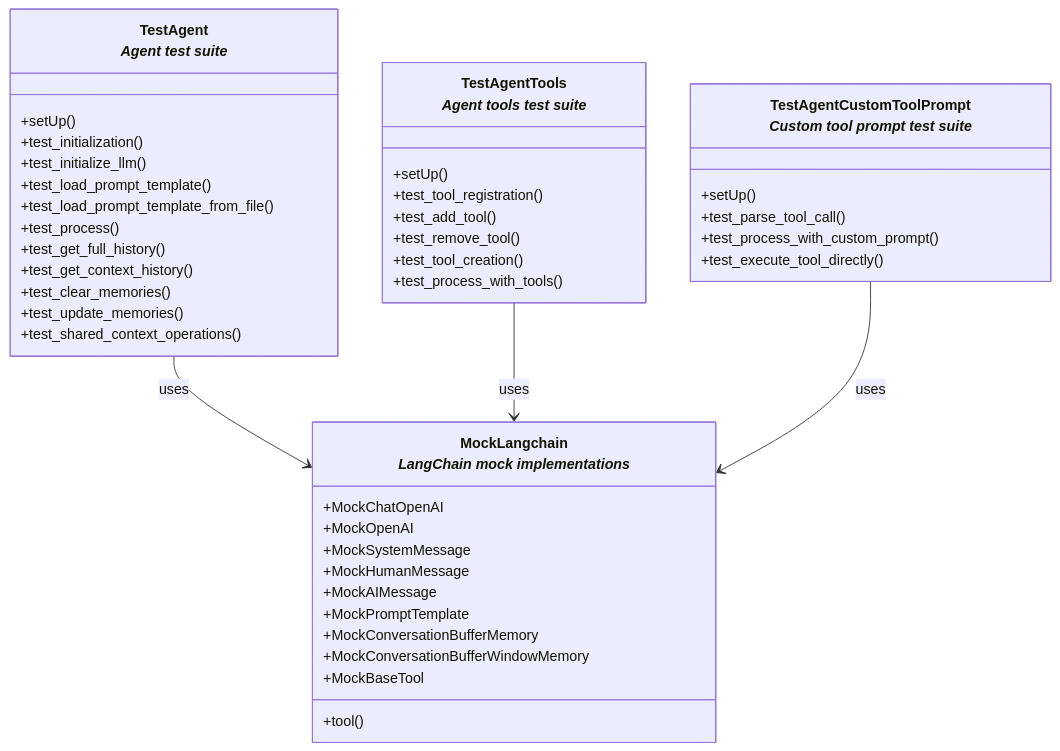
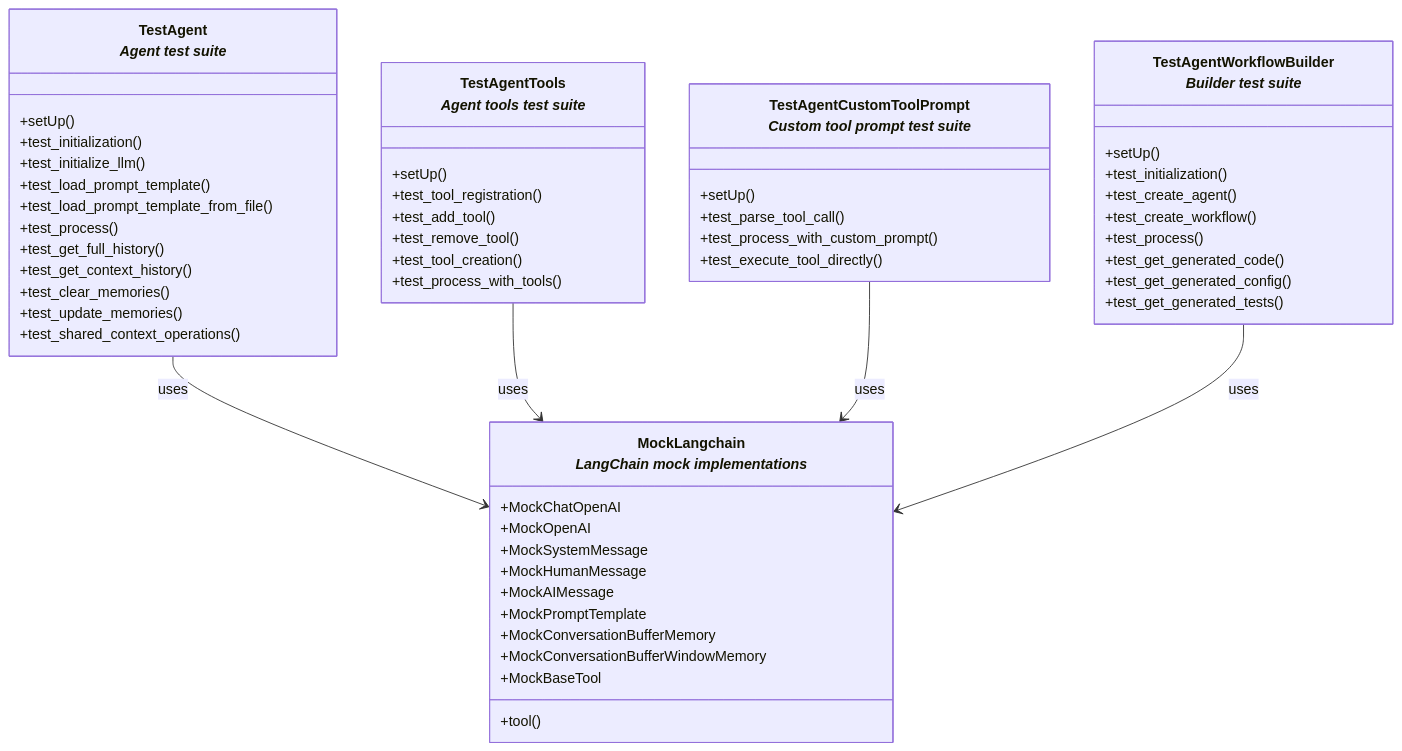
The ninth of 9 diagrams in docs/UML.md (AlexandrNP/nanobrain), drawn with Mermaid before and after one commit. The commit also changed other lines of this file and 109 other files, not shown here.

````diff
--- a/docs/UML.md
+++ b/docs/UML.md
@@ -391,49 +492,61 @@
 ```mermaid
 classDiagram
     class TestAgent["TestAgent<br><i>Agent test suite</i>"] {
         +setUp()
         +test_initialization()
         +test_initialize_llm()
         +test_load_prompt_template()
         +test_load_prompt_template_from_file()
         +test_process()
         +test_get_full_history()
         +test_get_context_history()
         +test_clear_memories()
         +test_update_memories()
         +test_shared_context_operations()
     }
     
     class TestAgentTools["TestAgentTools<br><i>Agent tools test suite</i>"] {
         +setUp()
         +test_tool_registration()
         +test_add_tool()
         +test_remove_tool()
         +test_tool_creation()
         +test_process_with_tools()
     }
     
     class TestAgentCustomToolPrompt["TestAgentCustomToolPrompt<br><i>Custom tool prompt test suite</i>"] {
         +setUp()
         +test_parse_tool_call()
         +test_process_with_custom_prompt()
         +test_execute_tool_directly()
     }
     
+    class TestAgentWorkflowBuilder["TestAgentWorkflowBuilder<br><i>Builder test suite</i>"] {
+        +setUp()
+        +test_initialization()
+        +test_create_agent()
+        +test_create_workflow()
+        +test_process()
+        +test_get_generated_code()
+        +test_get_generated_config()
+        +test_get_generated_tests()
+    }
+    
     class MockLangchain["MockLangchain<br><i>LangChain mock implementations</i>"] {
         +MockChatOpenAI
         +MockOpenAI
         +MockSystemMessage
         +MockHumanMessage
         +MockAIMessage
         +MockPromptTemplate
         +MockConversationBufferMemory
         +MockConversationBufferWindowMemory
         +MockBaseTool
         +tool()
     }
 
     TestAgent --> MockLangchain : uses
     TestAgentTools --> MockLangchain : uses
     TestAgentCustomToolPrompt --> MockLangchain : uses
+    TestAgentWorkflowBuilder --> MockLangchain : uses
 ```
````
